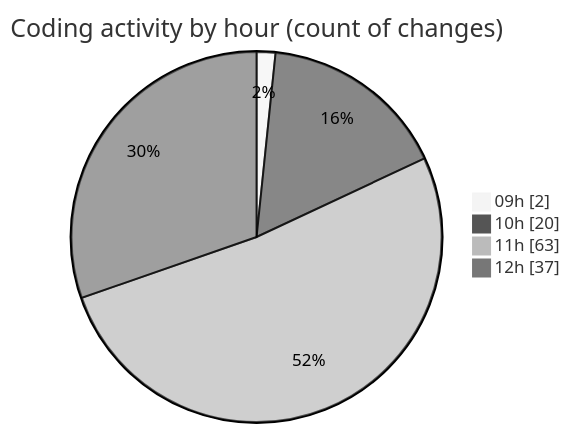
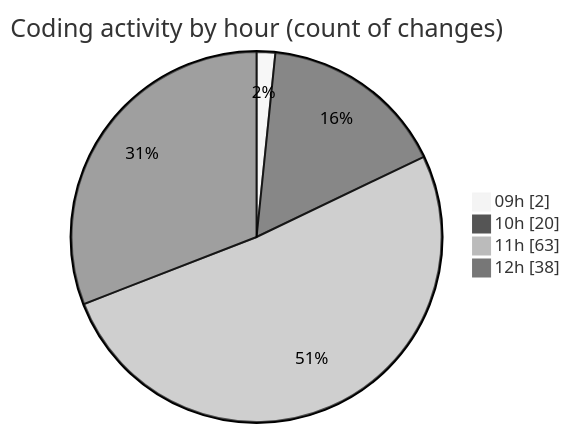
One commit to momahboobian/code-tracking changed the second of 2 diagrams in 2025-04-08/cda/README.md. Above: the diagram before and after it, drawn with Mermaid (neutral theme). The commit also changed other lines of this file and 1 other file, not shown here.

````diff
--- a/2025-04-08/cda/README.md
+++ b/2025-04-08/cda/README.md
@@ -31,8 +31,8 @@
 ```mermaid
 pie showData
 title Coding activity by hour (count of changes)
 "09h" : 2
 "10h" : 20
 "11h" : 63
-"12h" : 37
+"12h" : 38
 ```
````
